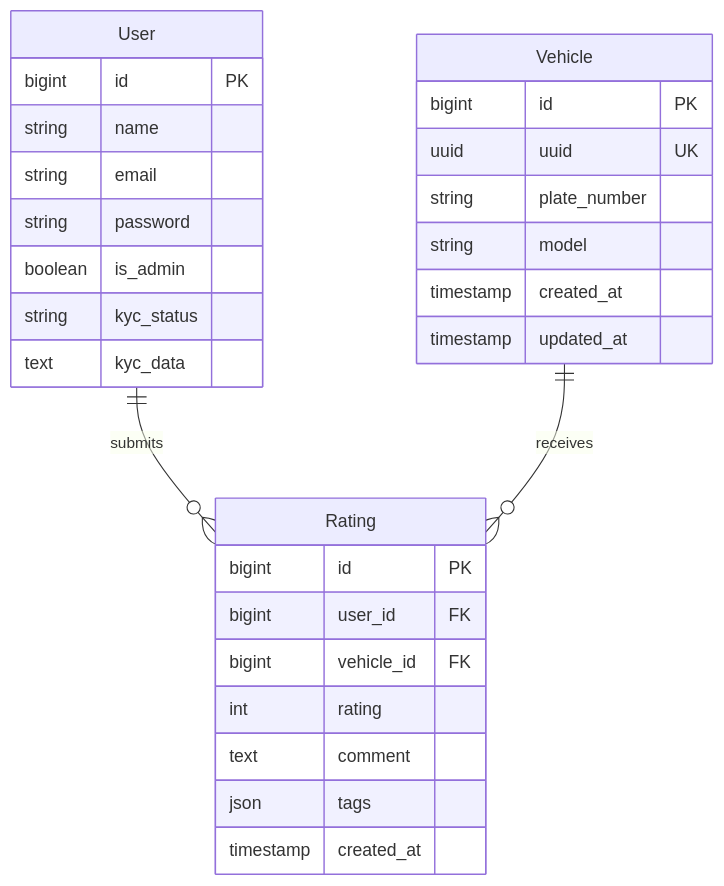
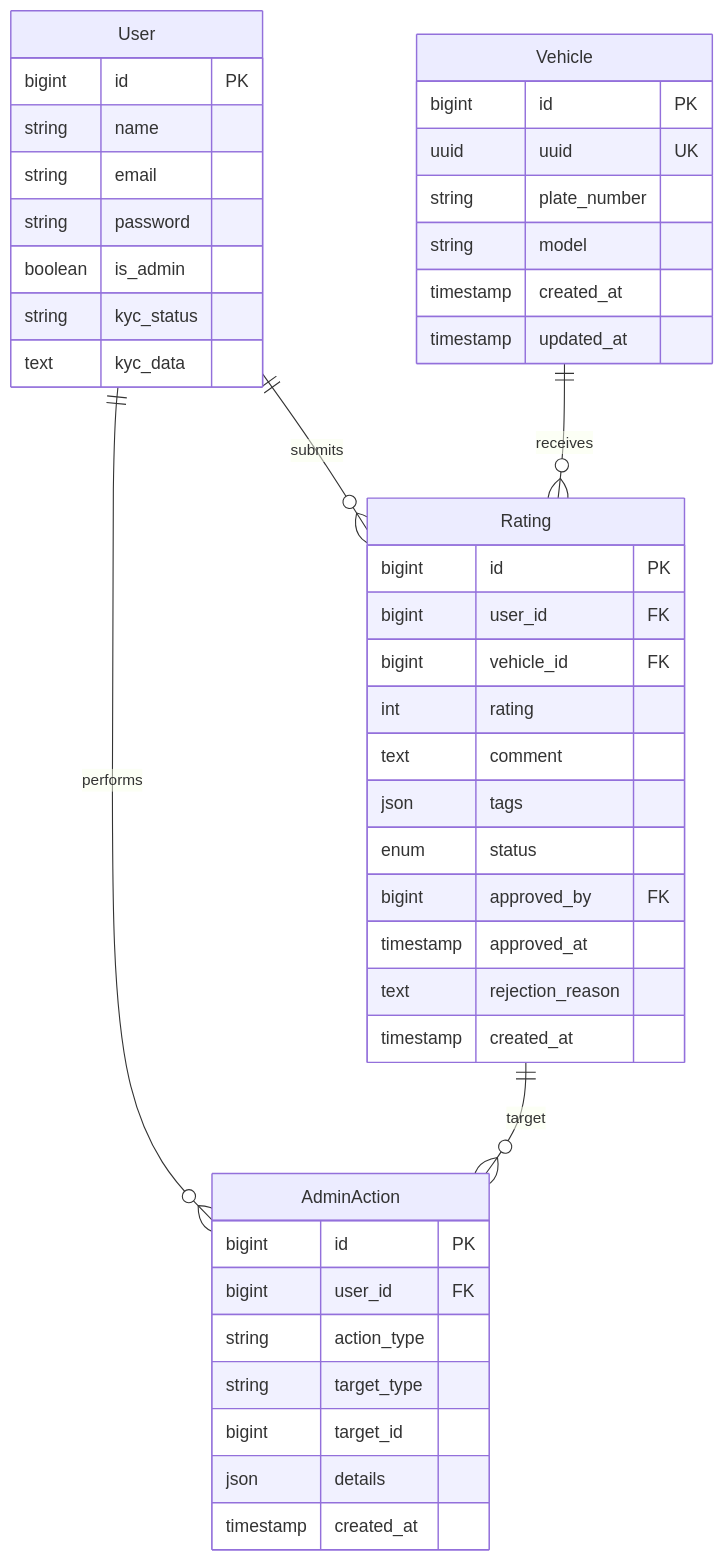
Before and after one commit to ardfar/MataJalan: the diagram in documentation/DATABASE.md, drawn with Mermaid. The commit also changed other lines of this file and 1 other file, not shown here.

First line of the commit message:
docs: update API and database documentation for rating approval

````diff
--- a/documentation/DATABASE.md
+++ b/documentation/DATABASE.md
@@ -8,31 +8,47 @@
 ```mermaid
 erDiagram
     User ||--o{ Rating : "submits"
     Vehicle ||--o{ Rating : "receives"
+    User ||--o{ AdminAction : "performs"
+    Rating ||--o{ AdminAction : "target"
+    
     User {
         bigint id PK
         string name
         string email
         string password
         boolean is_admin
         string kyc_status
         text kyc_data
     }
     Vehicle {
         bigint id PK
         uuid uuid UK
         string plate_number
         string model
         timestamp created_at
         timestamp updated_at
     }
     Rating {
         bigint id PK
         bigint user_id FK
         bigint vehicle_id FK
         int rating
         text comment
         json tags
+        enum status
+        bigint approved_by FK
+        timestamp approved_at
+        text rejection_reason
+        timestamp created_at
+    }
+    AdminAction {
+        bigint id PK
+        bigint user_id FK
+        string action_type
+        string target_type
+        bigint target_id
+        json details
         timestamp created_at
     }
 ```
````
